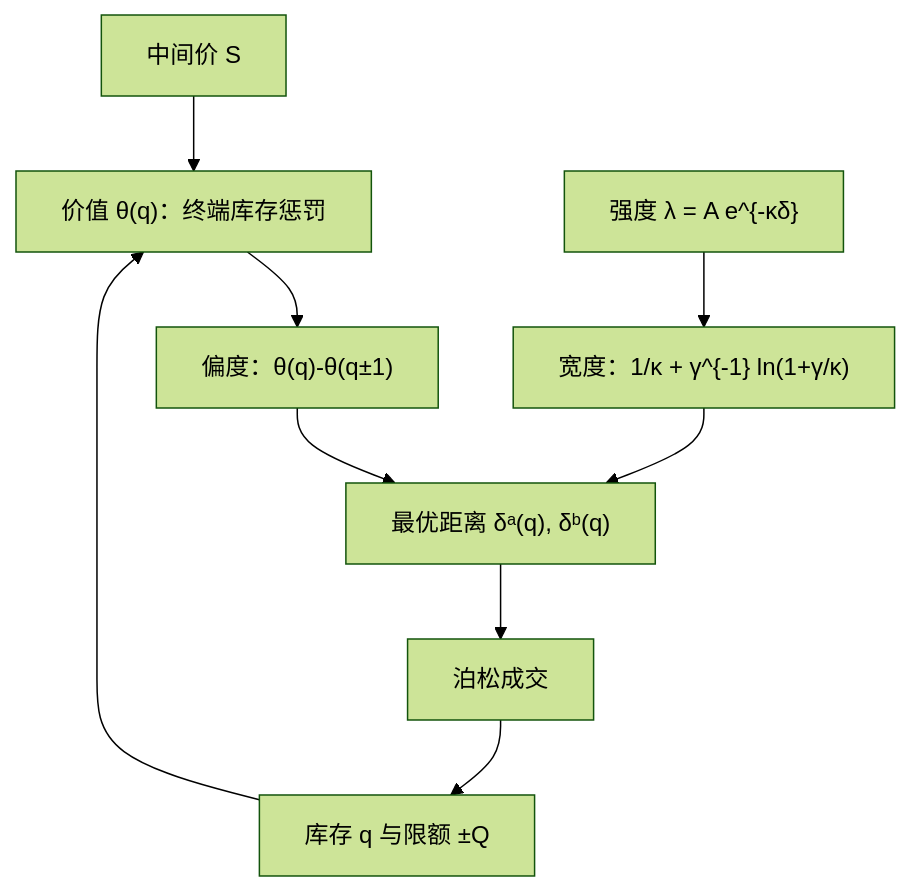
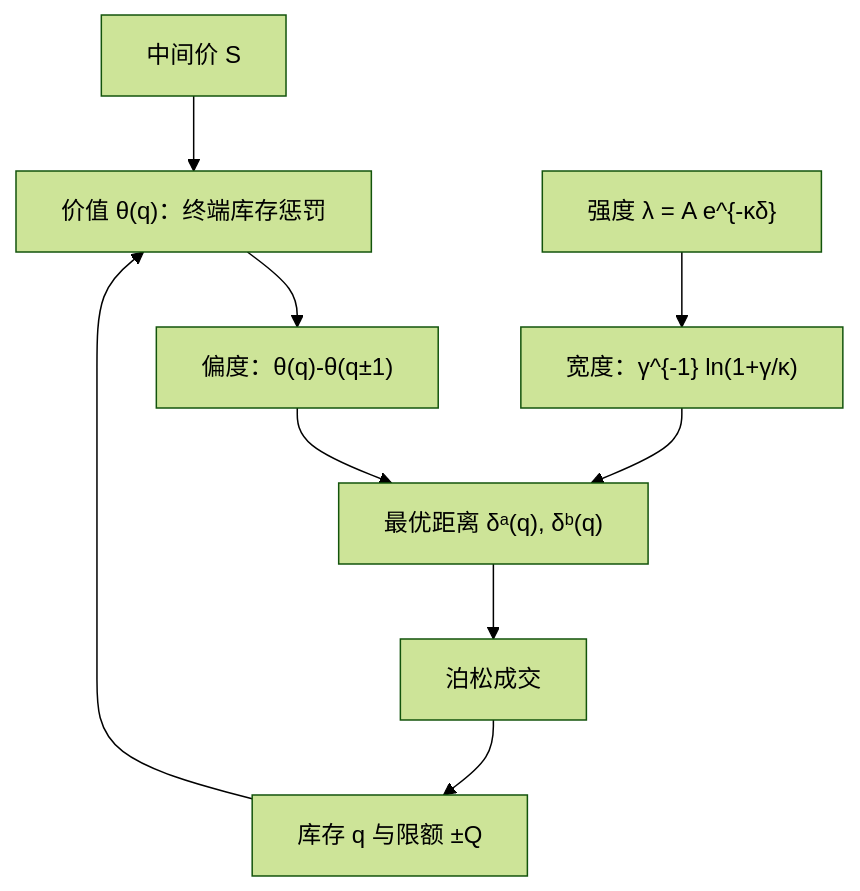
Before and after one commit to xhongduo-tech/xhongduo-tech.github.io: the second of 2 diagrams in docs/quant/glft-market-making.md, drawn with Mermaid (forest theme). The commit also changed other lines of this file and 2 other files, not shown here.

````diff
--- a/docs/quant/glft-market-making.md
+++ b/docs/quant/glft-market-making.md
@@ -80,11 +80,11 @@
 ```mermaid
 flowchart TD
   S["中间价 S"] --> TH["价值 θ(q)：终端库存惩罚"]
   Q["库存 q 与限额 ±Q"] --> TH
   TH --> SK["偏度：θ(q)-θ(q±1)"]
-  INT["强度 λ = A e^{-κδ}"] --> W["宽度：1/κ + γ^{-1} ln(1+γ/κ)"]
+  INT["强度 λ = A e^{-κδ}"] --> W["宽度：γ^{-1} ln(1+γ/κ)"]
   SK --> DIST["最优距离 δᵃ(q), δᵇ(q)"]
   W --> DIST
   DIST --> FILL["泊松成交"]
   FILL --> Q
 ```
````
